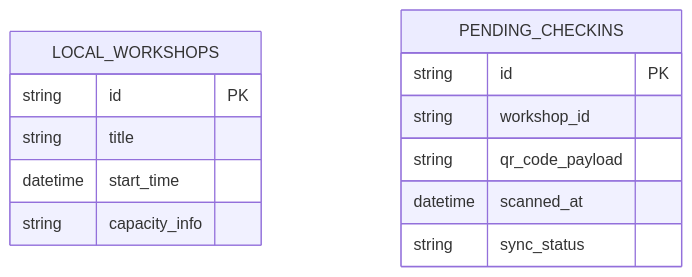
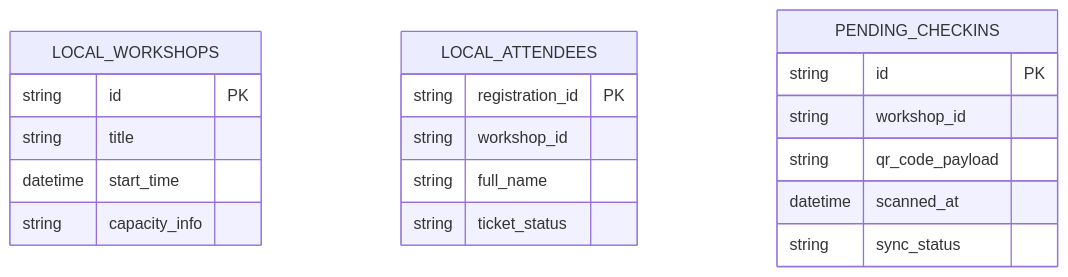
One commit to phatnguyen975/unihub-workshop changed the seventh of 14 diagrams in blueprint/design.md. Above: the diagram before and after it, drawn with Mermaid. The commit also changed other lines of this file and 7 other files, not shown here.

````diff
--- a/blueprint/design.md
+++ b/blueprint/design.md
@@ -545,17 +572,24 @@
 ```mermaid
 erDiagram
   LOCAL_WORKSHOPS {
     string id PK
     string title
     datetime start_time
     string capacity_info
+  }
+
+  LOCAL_ATTENDEES {
+    string registration_id PK
+    string workshop_id
+    string full_name
+    string ticket_status
   }
 
   PENDING_CHECKINS {
     string id PK
     string workshop_id
     string qr_code_payload
     datetime scanned_at
     string sync_status
   }
 ```
````
